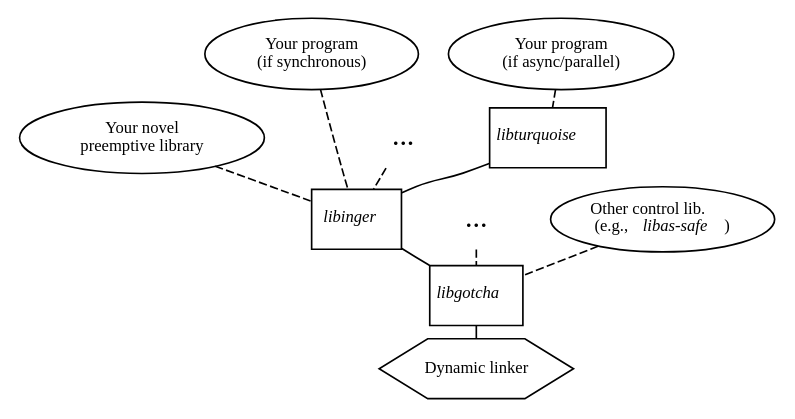
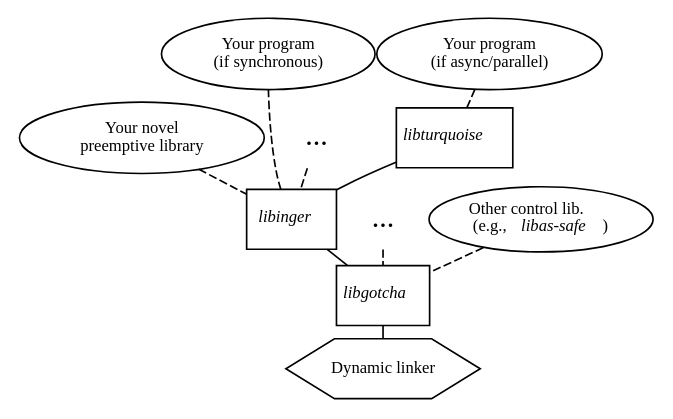
The diagram in figs/architecture.dot (solb/thesis), drawn with Graphviz before and after one commit.

Commit message:
figs/architecture.dot: Make less tiny

```diff
--- a/figs/architecture.dot
+++ b/figs/architecture.dot
@@ -1,58 +1,59 @@
 strict graph {
 	margin=0;
+	nodesep=0;
 	ranksep=0;
 
 	node [fontsize=10,margin=0.05];
 
 	{
 		node [shape=hexagon];
 
 		rtld [label="Dynamic linker"];
 	}
 
 	{
 		node [shape=box];
 
 		libgotcha [label=<<i>libgotcha</i>>];
 	}
 
 	{
 		libinger [shape=box,label=<<i>libinger</i>>];
 		elipsister [shape=none,label="...",fontsize=18];
 		libassafe [shape=oval,label=<Other control lib.<br/>(e.g., <i>libas-safe</i>)>];
 	}
 
 	{
 		clientlib [shape=oval,label="Your novel\npreemptive library"];
 		elipsis [shape=none,label="...",fontsize=18];
 		libturquoise [shape=box,label=<<i>libturquoise</i>>];
 	}
 
 	{
 		node [shape=oval];
 
 		serialclient [label="Your program\n(if synchronous)"];
 		parallelclient [label="Your program\n(if async/parallel)"];
 	}
 
 	libturquoise -- libinger;
 	libinger -- libgotcha;
 	libgotcha -- rtld;
 
 	{
 		edge [style=dashed];
 
 		serialclient -- libinger;
 		clientlib -- libinger;
 		elipsis -- libinger;
 		parallelclient -- libturquoise;
 		elipsister -- libgotcha;
 		libassafe -- libgotcha;
 	}
 
 	{
 		edge [style=invisible];
 
 		serialclient -- elipsis;
 	}
 }
```
